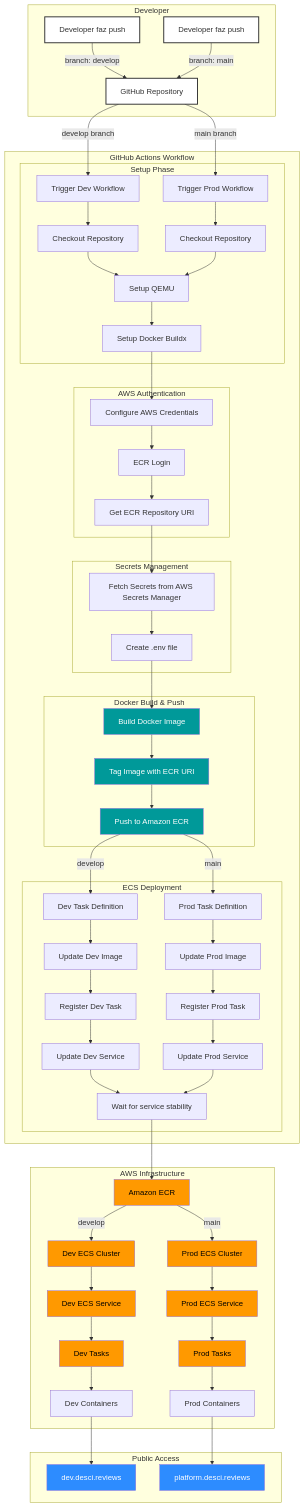
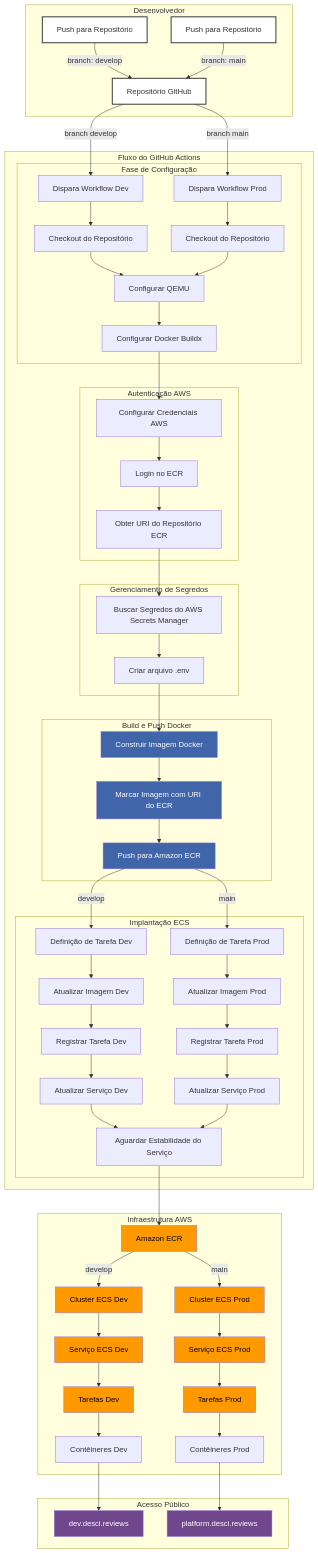
Before and after one commit to deScier/deSci-infra: the diagram in README.md, drawn with Mermaid. The commit also changed other lines of this file, not shown here.

````diff
--- a/README.md
+++ b/README.md
@@ -27,75 +27,75 @@
 ```mermaid
 flowchart TD
-    subgraph Developer
-        A[Developer faz push] --> |branch: develop| B[GitHub Repository]
-        A2[Developer faz push] --> |branch: main| B
+    subgraph Desenvolvedor
+        A[Push para Repositório] --> |branch: develop| B[Repositório GitHub]
+        A2[Push para Repositório] --> |branch: main| B
     end
 
-    subgraph "GitHub Actions Workflow"
-        B --> |develop branch| C1[Trigger Dev Workflow]
-        B --> |main branch| C2[Trigger Prod Workflow]
+    subgraph "Fluxo do GitHub Actions"
+        B --> |branch develop| C1[Dispara Workflow Dev]
+        B --> |branch main| C2[Dispara Workflow Prod]
 
-        subgraph "Setup Phase"
-            C1 --> D1[Checkout Repository]
-            C2 --> D2[Checkout Repository]
-            D1 & D2 --> E[Setup QEMU]
-            E --> F[Setup Docker Buildx]
+        subgraph "Fase de Configuração"
+            C1 --> D1[Checkout do Repositório]
+            C2 --> D2[Checkout do Repositório]
+            D1 & D2 --> E[Configurar QEMU]
+            E --> F[Configurar Docker Buildx]
         end
 
-        subgraph "AWS Authentication"
-            F --> G[Configure AWS Credentials]
-            G --> H[ECR Login]
-            H --> I[Get ECR Repository URI]
+        subgraph "Autenticação AWS"
+            F --> G[Configurar Credenciais AWS]
+            G --> H[Login no ECR]
+            H --> I[Obter URI do Repositório ECR]
         end
 
-        subgraph "Secrets Management"
-            I --> J[Fetch Secrets from AWS Secrets Manager]
-            J --> K[Create .env file]
+        subgraph "Gerenciamento de Segredos"
+            I --> J[Buscar Segredos do AWS Secrets Manager]
+            J --> K[Criar arquivo .env]
         end
 
-        subgraph "Docker Build & Push"
-            K --> L[Build Docker Image]
-            L --> M[Tag Image with ECR URI]
-            M --> N[Push to Amazon ECR]
+        subgraph "Build e Push Docker"
+            K --> L[Construir Imagem Docker]
+            L --> M[Marcar Imagem com URI do ECR]
+            M --> N[Push para Amazon ECR]
         end
 
-        subgraph "ECS Deployment"
-            N --> |develop| O1[Dev Task Definition]
-            N --> |main| O2[Prod Task Definition]
-            O1 --> P1[Update Dev Image]
-            O2 --> P2[Update Prod Image]
-            P1 --> Q1[Register Dev Task]
-            P2 --> Q2[Register Prod Task]
-            Q1 --> R1[Update Dev Service]
-            Q2 --> R2[Update Prod Service]
-            R1 & R2 --> S[Wait for service stability]
+        subgraph "Implantação ECS"
+            N --> |develop| O1[Definição de Tarefa Dev]
+            N --> |main| O2[Definição de Tarefa Prod]
+            O1 --> P1[Atualizar Imagem Dev]
+            O2 --> P2[Atualizar Imagem Prod]
+            P1 --> Q1[Registrar Tarefa Dev]
+            P2 --> Q2[Registrar Tarefa Prod]
+            Q1 --> R1[Atualizar Serviço Dev]
+            Q2 --> R2[Atualizar Serviço Prod]
+            R1 & R2 --> S[Aguardar Estabilidade do Serviço]
         end
     end
 
-    subgraph "AWS Infrastructure"
+    subgraph "Infraestrutura AWS"
         S --> T[Amazon ECR]
-        T --> |develop| U1[Dev ECS Cluster]
-        T --> |main| U2[Prod ECS Cluster]
-        U1 --> V1[Dev ECS Service]
-        U2 --> V2[Prod ECS Service]
-        V1 --> W1[Dev Tasks]
-        V2 --> W2[Prod Tasks]
-        W1 --> X1[Dev Containers]
-        W2 --> X2[Prod Containers]
+        T --> |develop| U1[Cluster ECS Dev]
+        T --> |main| U2[Cluster ECS Prod]
+        U1 --> V1[Serviço ECS Dev]
+        U2 --> V2[Serviço ECS Prod]
+        V1 --> W1[Tarefas Dev]
+        V2 --> W2[Tarefas Prod]
+        W1 --> X1[Contêineres Dev]
+        W2 --> X2[Contêineres Prod]
     end
 
-    subgraph "Public Access"
+    subgraph "Acesso Público"
         X1 --> Y1[dev.desci.reviews]
         X2 --> Y2[platform.desci.reviews]
     end
 
     classDef setup fill:#fff,stroke:#333,color:#333,stroke-width:2px
     classDef aws fill:#ff9900,color:#000
-    classDef container fill:#099,color:#fff
-    classDef domain fill:#2d8cff,color:#fff
+    classDef container fill:#4065a9,color:#fff
+    classDef domain fill:#70468c,color:#fff
 
     class A,A2,B setup
     class T,U1,U2,V1,V2,W1,W2 aws
     class L,M,N container
     class Y1,Y2 domain
 ```
````
